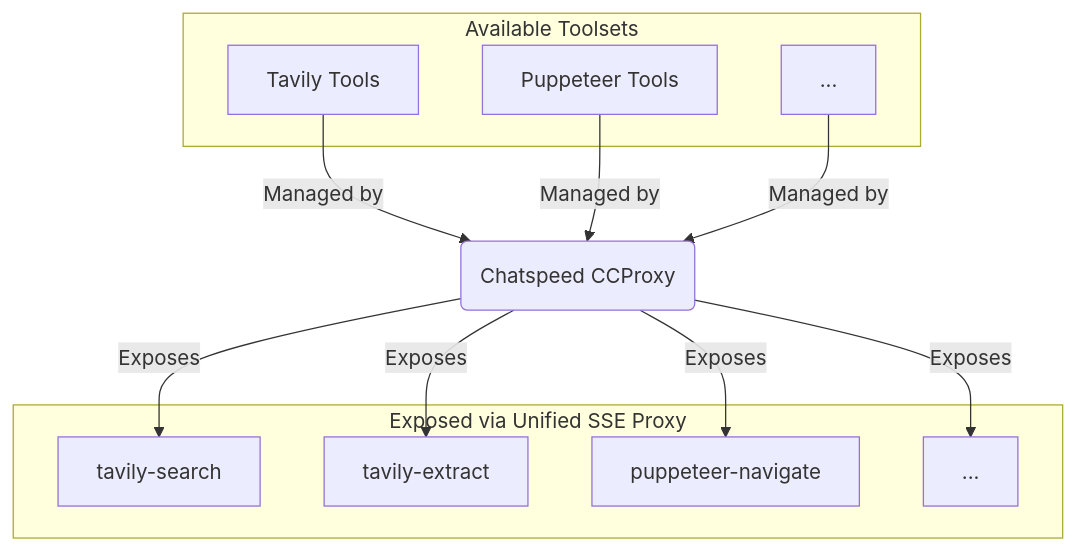
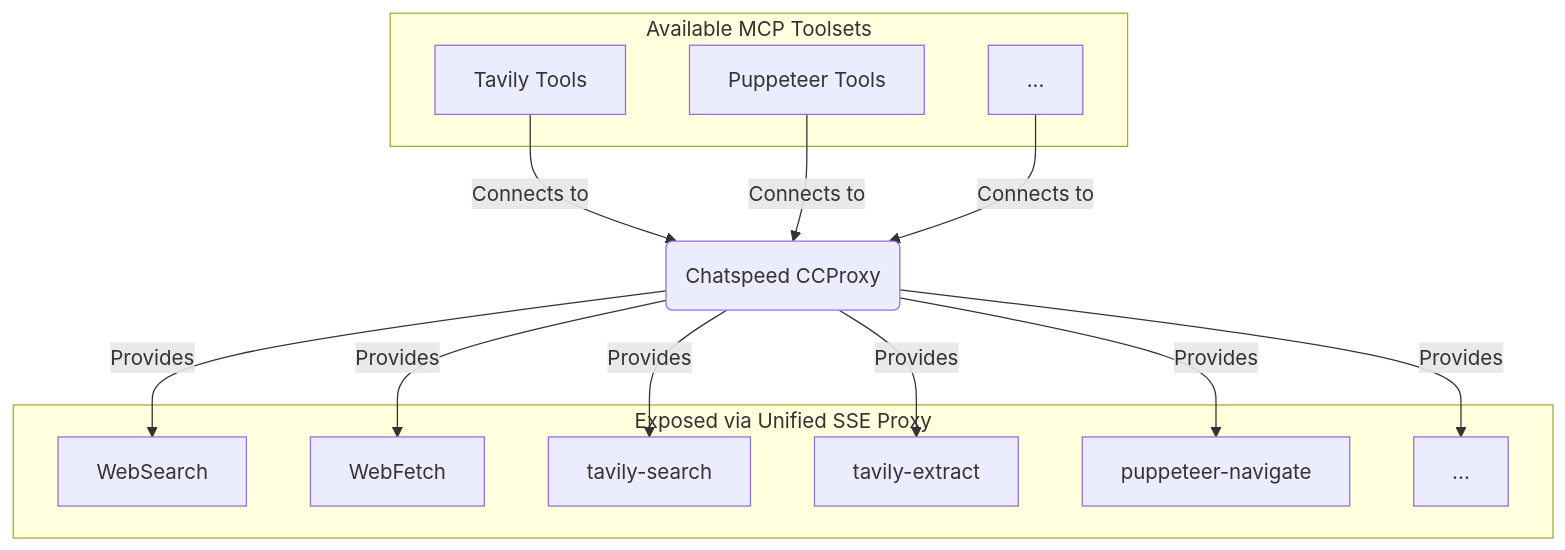
The diagram in docs/mcp/README.md (aidyou/chatspeed-docs), drawn with Mermaid before and after one commit. The commit also changed other lines of this file and 9 other files, not shown here.

````diff
--- a/docs/mcp/README.md
+++ b/docs/mcp/README.md
@@ -33,26 +39,30 @@
 ```mermaid
 graph TD
-    subgraph "Available Toolsets"
+    subgraph "Available MCP Toolsets"
         A[Tavily Tools]
         B[Puppeteer Tools]
         C[...]
     end
 
     P(Chatspeed CCProxy)
 
     subgraph "Exposed via Unified SSE Proxy"
-        D[tavily-search]
-        E[tavily-extract]
-        F[puppeteer-navigate]
-        G[...]
+        D[WebSearch]
+        E[WebFetch]
+        F[tavily-search]
+        G[tavily-extract]
+        H[puppeteer-navigate]
+        I[...]
     end
 
-    A -- "Managed by" --> P
-    B -- "Managed by" --> P
-    C -- "Managed by" --> P
+    A -- "Connects to" --> P
+    B -- "Connects to" --> P
+    C -- "Connects to" --> P
 
-    P -- "Exposes" --> D
-    P -- "Exposes" --> E
-    P -- "Exposes" --> F
-    P -- "Exposes" --> G
+    P -- "Provides" --> D
+    P -- "Provides" --> E
+    P -- "Provides" --> F
+    P -- "Provides" --> G
+    P -- "Provides" --> H
+    P -- "Provides" --> I
 ```
````
